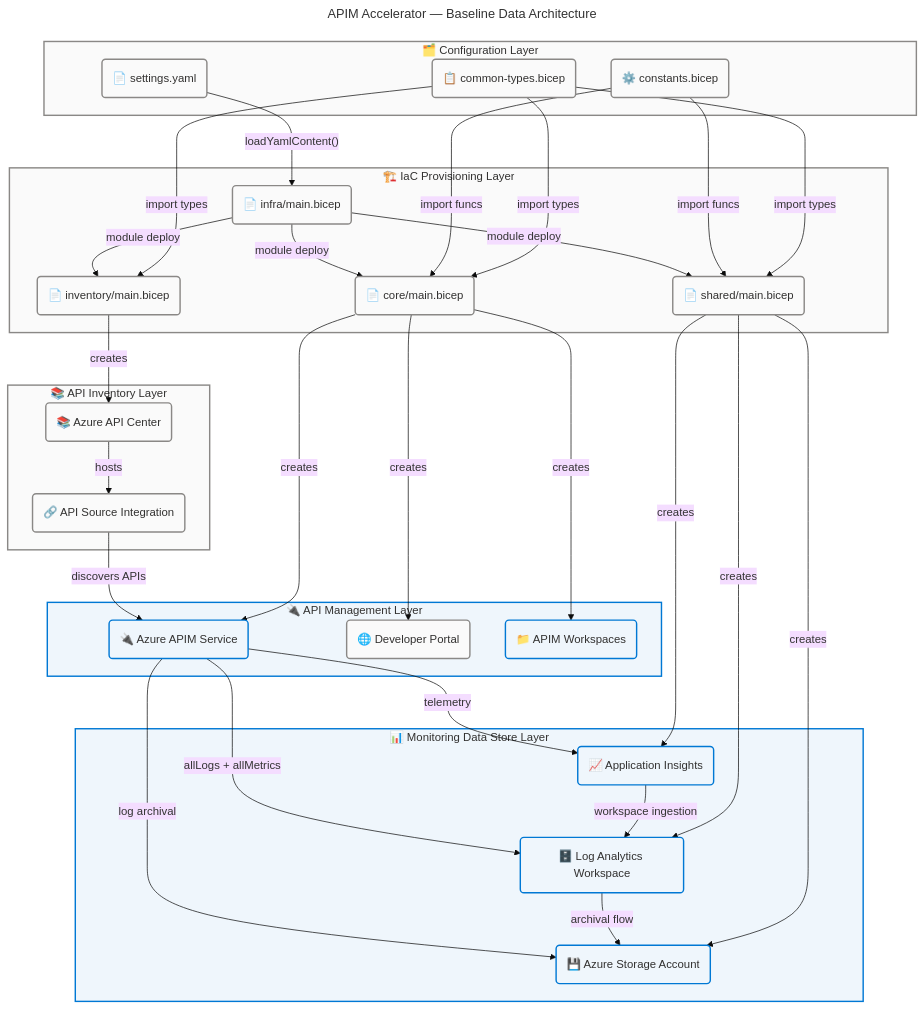
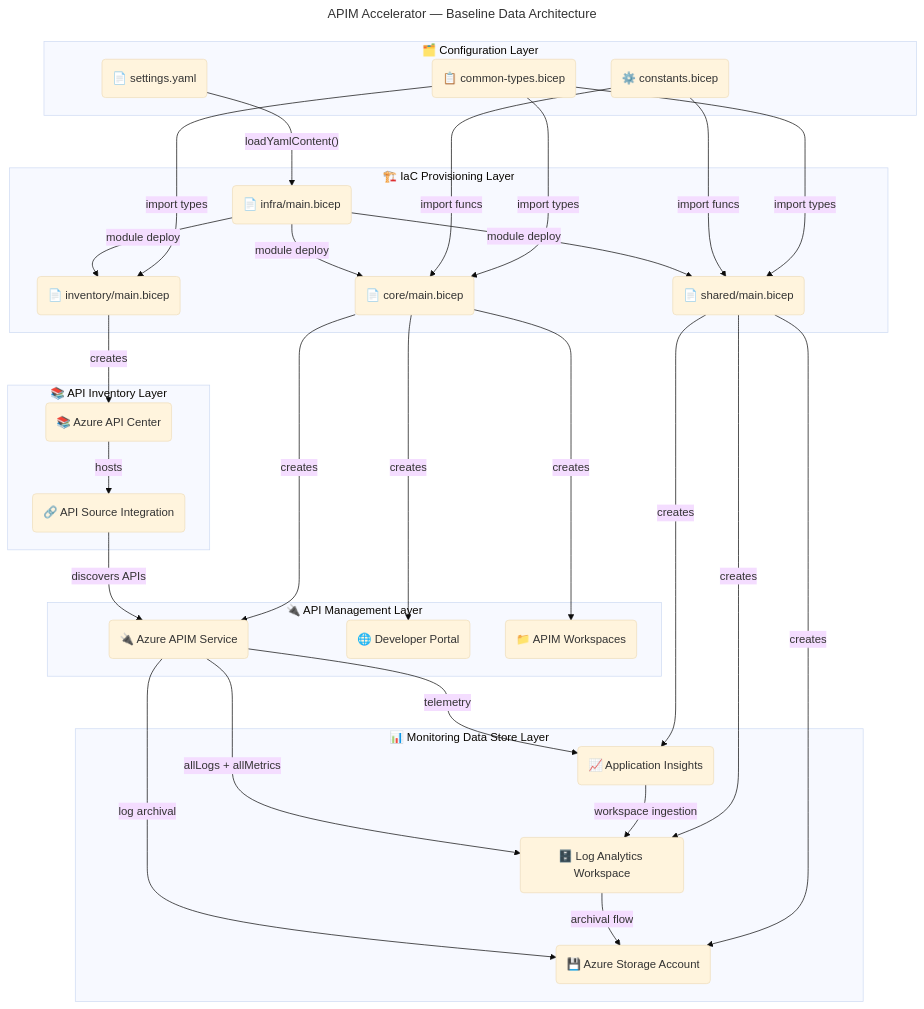
The second of 4 diagrams in docs/architecture/data-architecture.md (Evilazaro/APIM-Accelerator), drawn with Mermaid before and after one commit. The commit also changed other lines of this file and 1 other file, not shown here.

Commit message:
style: remove redundant comments and streamline flowchart styles for clarity in data architecture documentation

````diff
--- a/docs/architecture/data-architecture.md
+++ b/docs/architecture/data-architecture.md
@@ -405,16 +291,7 @@
     accTitle: APIM Accelerator Baseline Data Architecture
     accDescr: Current state data topology showing configuration layer, IaC provisioning layer, monitoring data stores, and API inventory layer with all data flows between components
 
-    %% ═══════════════════════════════════════════════════════════════════════════
-    %% AZURE / FLUENT ARCHITECTURE PATTERN v1.1
-    %% (Semantic + Structural + Font + Accessibility Governance)
-    %% ═══════════════════════════════════════════════════════════════════════════
-    %% PHASE 1 - FLUENT UI: All styling uses approved Fluent UI palette only
-    %% PHASE 2 - GROUPS: Every subgraph has semantic color via style directive
-    %% PHASE 3 - COMPONENTS: Every node has semantic classDef + icon prefix
-    %% PHASE 4 - ACCESSIBILITY: accTitle/accDescr present, WCAG AA contrast
-    %% PHASE 5 - STANDARD: Governance block present, classDefs centralized
-    %% ═══════════════════════════════════════════════════════════════════════════
+
 
     subgraph cfglayer["🗂️ Configuration Layer"]
         YAML("📄 settings.yaml"):::neutral
@@ -470,12 +347,5 @@
     APICENTER -->|"hosts"| APISOURCE
     APISOURCE -->|"discovers APIs"| APIM
 
-    classDef core fill:#EFF6FC,stroke:#0078D4,stroke-width:2px,color:#323130
-    classDef neutral fill:#FAFAFA,stroke:#8A8886,stroke-width:2px,color:#323130
 
-    style cfglayer fill:#FAFAFA,stroke:#8A8886,stroke-width:2px,color:#323130
-    style iaclayer fill:#FAFAFA,stroke:#8A8886,stroke-width:2px,color:#323130
-    style monitorlayer fill:#EFF6FC,stroke:#0078D4,stroke-width:2px,color:#323130
-    style apimLayer fill:#EFF6FC,stroke:#0078D4,stroke-width:2px,color:#323130
-    style inventorylayer fill:#FAFAFA,stroke:#8A8886,stroke-width:2px,color:#323130
 ```
````
